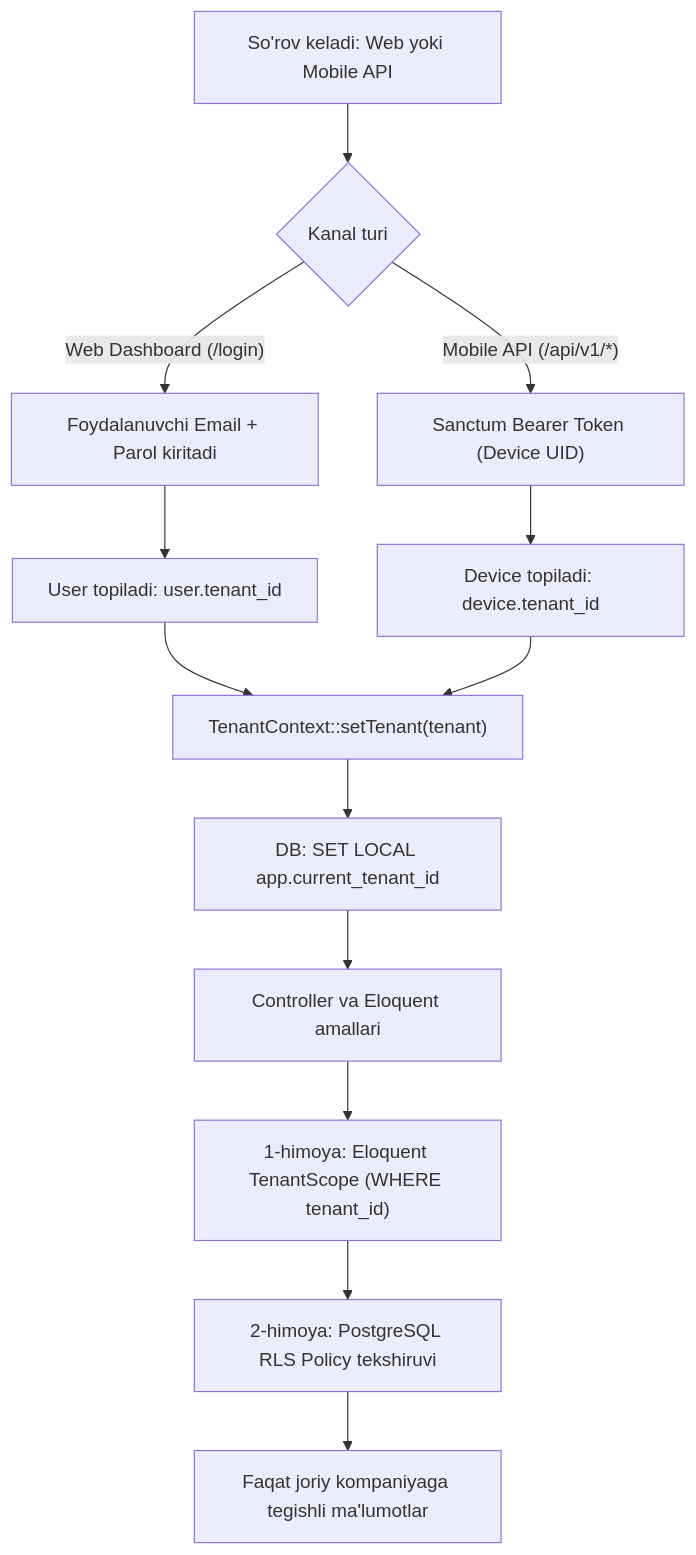
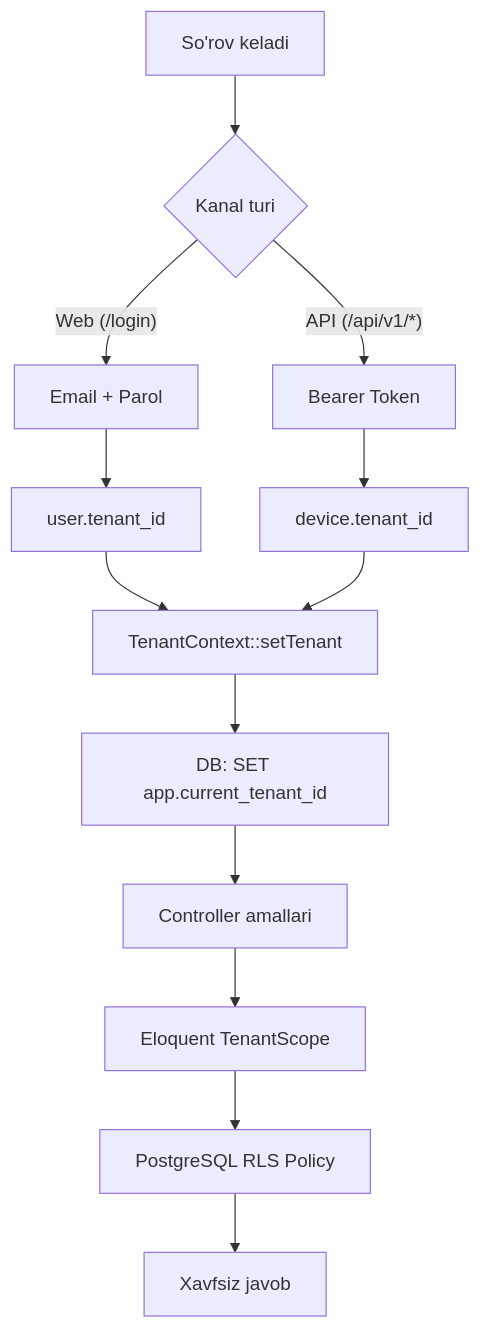
Before and after one commit to IslomFargoniy/agent.1call.uz: the diagram in docs/ARCHITECTURE_AND_ROADMAP.md, drawn with Mermaid. The commit also changed other lines of this file and 1 other file, not shown here.

First line of the commit message:
docs: fix 12 critical issues in architecture plan

````diff
--- a/docs/ARCHITECTURE_AND_ROADMAP.md
+++ b/docs/ARCHITECTURE_AND_ROADMAP.md
@@ -19,20 +20,20 @@
 ```mermaid
 flowchart TD
-    Req["So'rov keladi: Web yoki Mobile API"] --> RouteCheck{"Kanal turi"}
+    Req["So'rov keladi"] --> RouteCheck{"Kanal turi"}
     
-    RouteCheck -->|"Web Dashboard (/login)"| WebAuth["Foydalanuvchi Email + Parol kiritadi"]
-    RouteCheck -->|"Mobile API (/api/v1/*)"| ApiAuth["Sanctum Bearer Token (Device UID)"]
+    RouteCheck -->|"Web (/login)"| WebAuth["Email + Parol"]
+    RouteCheck -->|"API (/api/v1/*)"| ApiAuth["Bearer Token"]
     
-    WebAuth --> UserFound["User topiladi: user.tenant_id"]
-    ApiAuth --> DeviceFound["Device topiladi: device.tenant_id"]
+    WebAuth --> UserFound["user.tenant_id"]
+    ApiAuth --> DeviceFound["device.tenant_id"]
     
-    UserFound --> SetCtx["TenantContext::setTenant(tenant)"]
+    UserFound --> SetCtx["TenantContext::setTenant"]
     DeviceFound --> SetCtx
     
-    SetCtx --> SetRLS["DB: SET LOCAL app.current_tenant_id"]
-    SetRLS --> AppExec["Controller va Eloquent amallari"]
+    SetCtx --> SetRLS["DB: SET app.current_tenant_id"]
+    SetRLS --> AppExec["Controller amallari"]
     
-    AppExec --> Scope["1-himoya: Eloquent TenantScope (WHERE tenant_id)"]
-    Scope --> PG["2-himoya: PostgreSQL RLS Policy tekshiruvi"]
-    PG --> Result["Faqat joriy kompaniyaga tegishli ma'lumotlar"]
+    AppExec --> Scope["Eloquent TenantScope"]
+    Scope --> PG["PostgreSQL RLS Policy"]
+    PG --> Result["Xavfsiz javob"]
 ```
````
